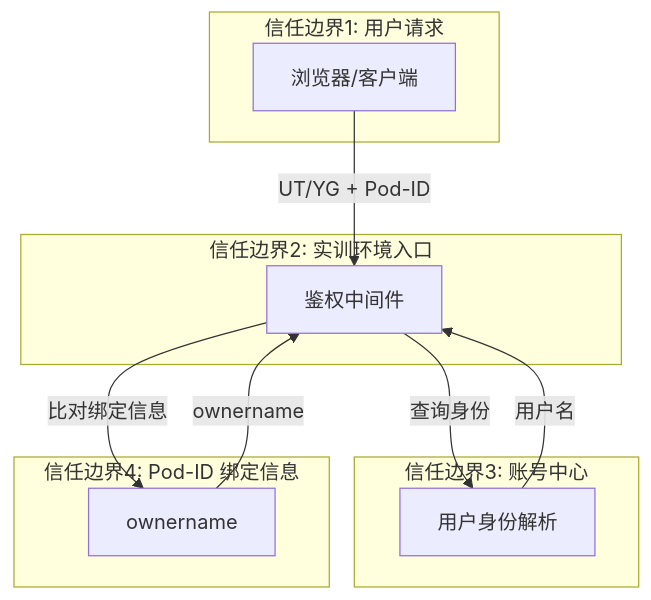
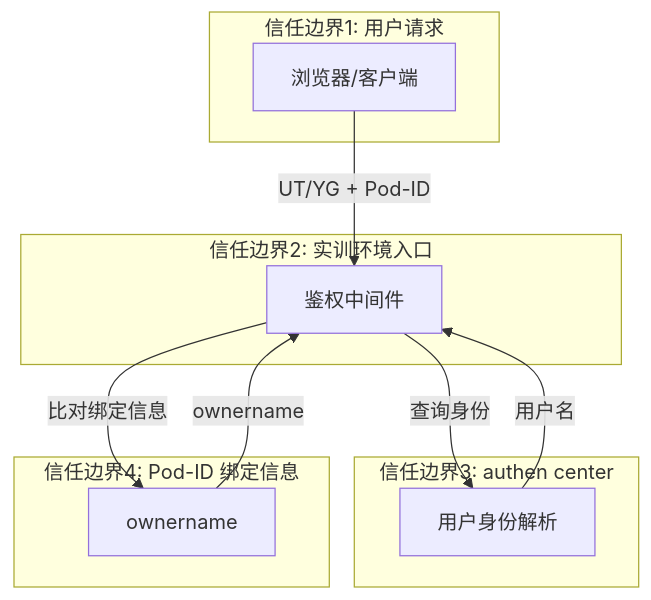
The third of 3 diagrams in opensourceways/backlog/issue_docs/151/Architecture Desgin/#151 Architecture Design Specification.md (GeorgeCao-hw/backlog-test), drawn with Mermaid before and after one commit. The commit also changed other lines of this file and 1 other file, not shown here.

````diff
--- a/opensourceways/backlog/issue_docs/151/Architecture Desgin/#151 Architecture Design Specification.md
+++ b/opensourceways/backlog/issue_docs/151/Architecture Desgin/#151 Architecture Design Specification.md
@@ -115,20 +115,20 @@
 ```mermaid
 flowchart TB
     subgraph T1[信任边界1: 用户请求]
         U[浏览器/客户端]
     end
     subgraph T2[信任边界2: 实训环境入口]
         G[鉴权中间件]
     end
-    subgraph T3[信任边界3: 账号中心]
+    subgraph T3[信任边界3: authen center]
         C[用户身份解析]
     end
     subgraph T4[信任边界4: Pod-ID 绑定信息]
         P[ownername]
     end
     U -->|UT/YG + Pod-ID| G
     G -->|查询身份| C
     C -->|用户名| G
     G -->|比对绑定信息| P
     P -->|ownername| G
 ```
````
